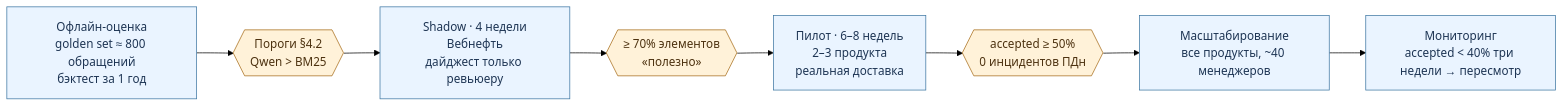
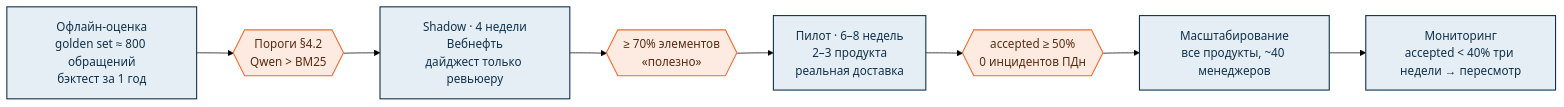
Before and after one commit to Gnod-do/ticket-triage-agent: the diagram in docs/diagrams/05-rollout.mmd, drawn with Mermaid (forest theme). The commit also changed 69 other files, not shown here.

```diff
--- a/docs/diagrams/05-rollout.mmd
+++ b/docs/diagrams/05-rollout.mmd
@@ -1,12 +1,12 @@
 %% Этапы вывода в эксплуатацию и критерии перехода
 flowchart LR
-  classDef st fill:#eaf4ff,stroke:#3d76a2,color:#1e3554
-  classDef gate fill:#fff2d9,stroke:#a66b17,color:#4d3210
+  classDef st fill:#E6EEF5,stroke:#10314C,color:#10314C,stroke-width:1.5px
+  classDef gate fill:#FDEBE1,stroke:#F56A2B,color:#5A2A10,stroke-width:1.5px
 
   A["Офлайн-оценка<br/>golden set ≈ 800 обращений<br/>бэктест за 1 год"]:::st --> G1{{"Пороги §4.2<br/>Qwen > BM25"}}:::gate
   G1 --> B["Shadow · 4 недели<br/>Вебнефть<br/>дайджест только ревьюеру"]:::st
   B --> G2{{"≥ 70% элементов<br/>«полезно»"}}:::gate
   G2 --> C["Пилот · 6–8 недель<br/>2–3 продукта<br/>реальная доставка"]:::st
   C --> G3{{"accepted ≥ 50%<br/>0 инцидентов ПДн"}}:::gate
   G3 --> D["Масштабирование<br/>все продукты, ~40 менеджеров"]:::st
   D --> E["Мониторинг<br/>accepted < 40% три недели → пересмотр"]:::st
```
